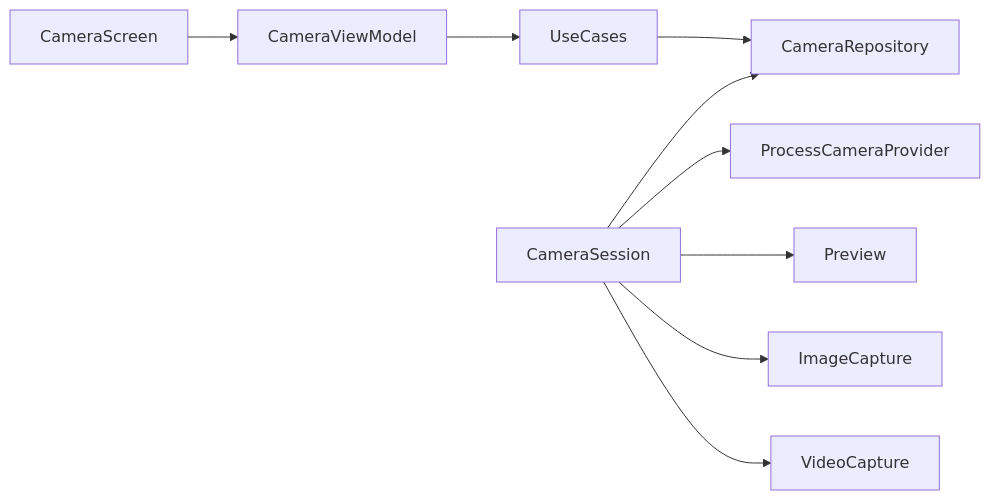
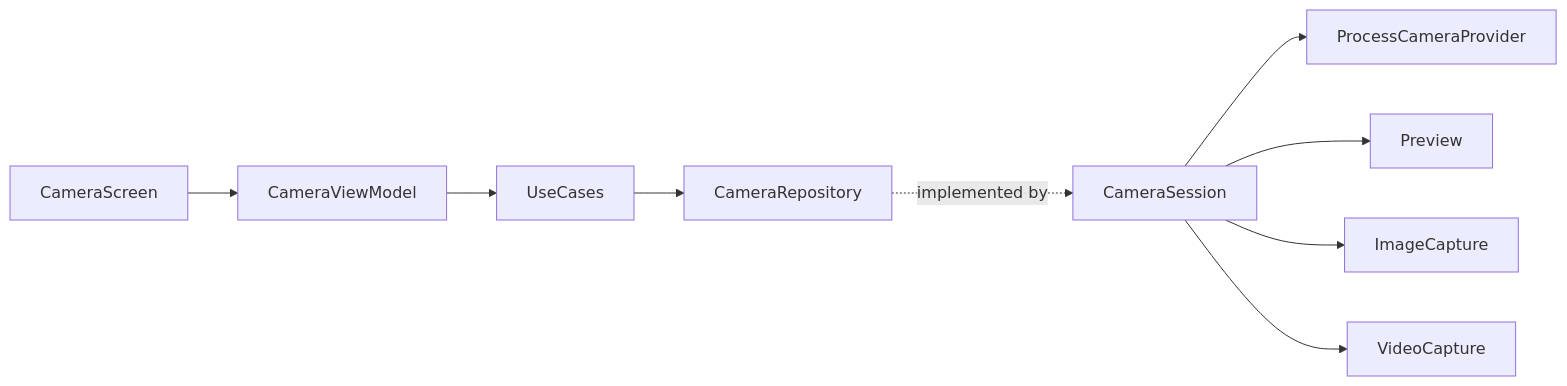
The diagram in README.md (heyncth/minimal-camerax), drawn with Mermaid before and after one commit. The commit also changed other lines of this file, not shown here.

First line of the commit message:
Rewrite README for the minimal camera surface

````diff
--- a/README.md
+++ b/README.md
@@ -46,11 +68,11 @@
 ```mermaid
 flowchart LR
   CameraScreen --> CameraViewModel
   CameraViewModel --> UseCases
   UseCases --> CameraRepository
-  CameraSession --> CameraRepository
+  CameraRepository -.implemented by.-> CameraSession
   CameraSession --> ProcessCameraProvider
   CameraSession --> Preview
   CameraSession --> ImageCapture
   CameraSession --> VideoCapture
 ```
````
